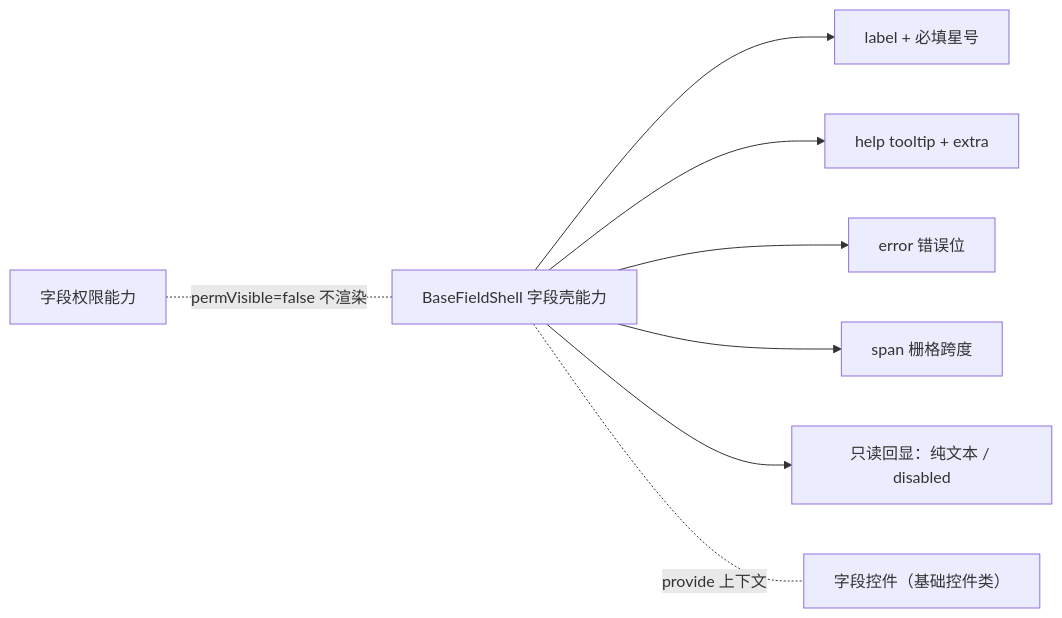
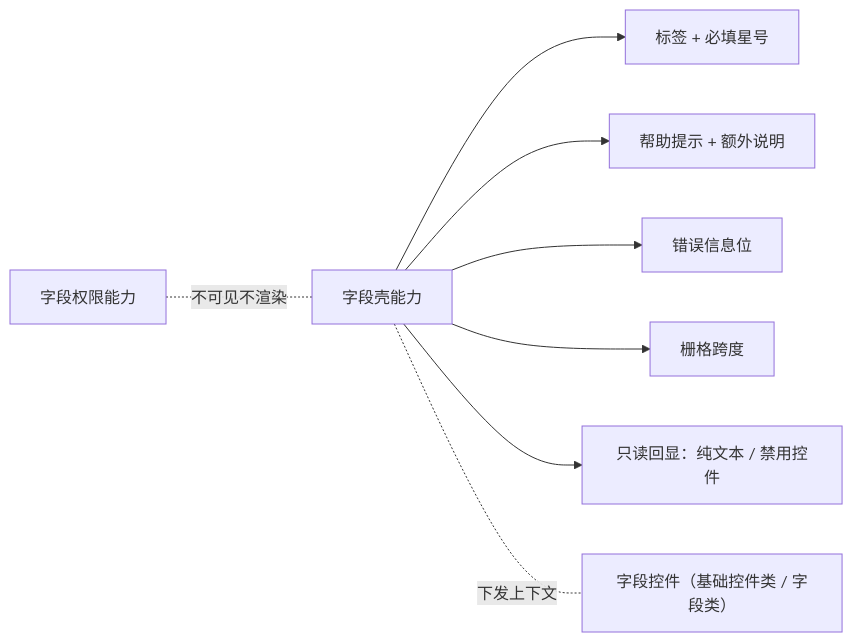
The diagram in bms文档/设计/组件设计/02_基础组件类/02_能力类/10_组件设计_字段壳能力/10_组件设计_字段壳能力.md (minjian123/basic-management-system), drawn with Mermaid before and after one commit. The commit also changed other lines of this file and 9 other files, not shown here.

````diff
--- a/bms文档/设计/组件设计/02_基础组件类/02_能力类/10_组件设计_字段壳能力/10_组件设计_字段壳能力.md
+++ b/bms文档/设计/组件设计/02_基础组件类/02_能力类/10_组件设计_字段壳能力/10_组件设计_字段壳能力.md
@@ -15,10 +16,10 @@
 ```mermaid
 flowchart LR
-    W["BaseFieldShell 字段壳能力"] --> L["label + 必填星号"]
-    W --> H["help tooltip + extra"]
-    W --> E["error 错误位"]
-    W --> S["span 栅格跨度"]
-    W --> R["只读回显：纯文本 / disabled"]
-    W -.provide 上下文.- C["字段控件（基础控件类）"]
-    P["字段权限能力"] -.permVisible=false 不渲染.- W
+    W["字段壳能力"] --> L["标签 + 必填星号"]
+    W --> H["帮助提示 + 额外说明"]
+    W --> E["错误信息位"]
+    W --> S["栅格跨度"]
+    W --> R["只读回显：纯文本 / 禁用控件"]
+    W -.下发上下文.- C["字段控件（基础控件类 / 字段类）"]
+    P["字段权限能力"] -.不可见不渲染.- W
 ```
````
